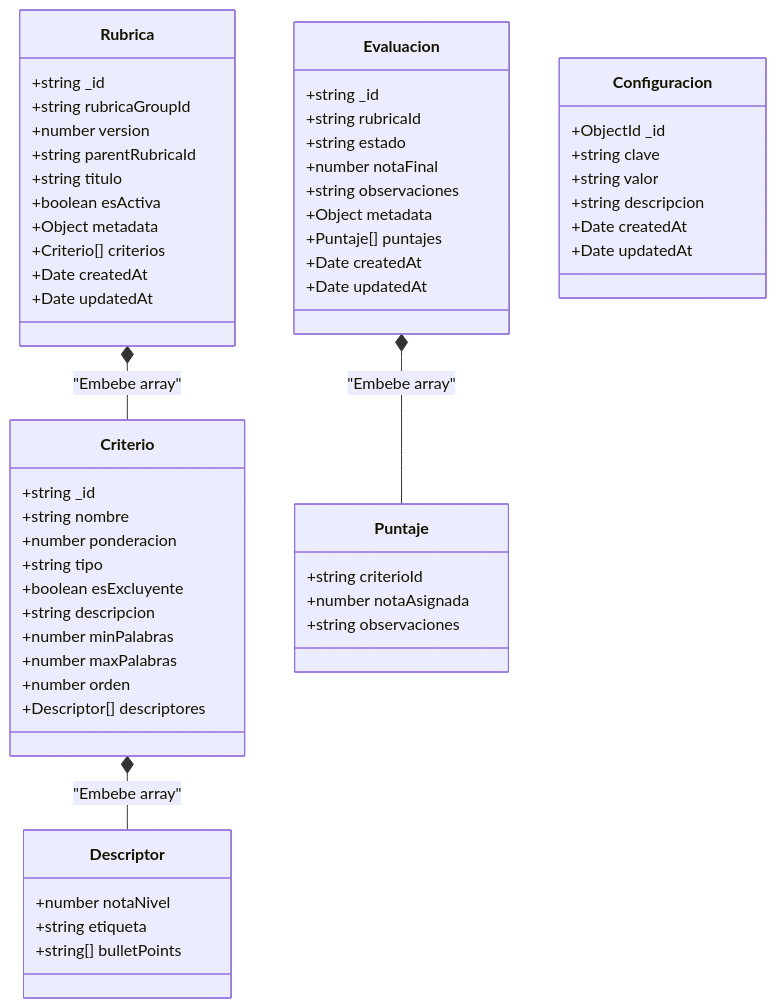
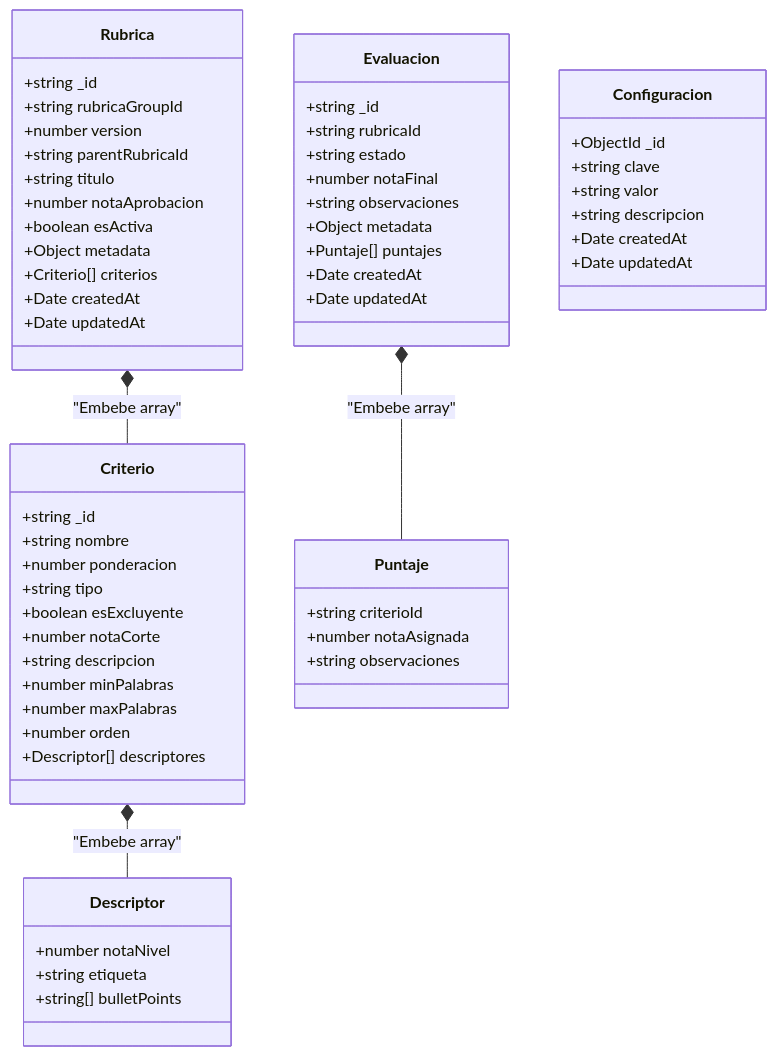
One commit to alphadx/evalUA changed the first of 2 diagrams in documentacion/01-base-de-datos.md. Above: the diagram before and after it, drawn with Mermaid. The commit also changed other lines of this file and 2 other files, not shown here.

````diff
--- a/documentacion/01-base-de-datos.md
+++ b/documentacion/01-base-de-datos.md
@@ -38,65 +38,67 @@
 ```mermaid
 classDiagram
     class Rubrica {
         +string _id
         +string rubricaGroupId
         +number version
         +string parentRubricaId
         +string titulo
+        +number notaAprobacion
         +boolean esActiva
         +Object metadata
         +Criterio[] criterios
         +Date createdAt
         +Date updatedAt
     }
 
     class Criterio {
         +string _id
         +string nombre
         +number ponderacion
         +string tipo
         +boolean esExcluyente
+        +number notaCorte
         +string descripcion
         +number minPalabras
         +number maxPalabras
         +number orden
         +Descriptor[] descriptores
     }
 
     class Descriptor {
         +number notaNivel
         +string etiqueta
         +string[] bulletPoints
     }
 
     class Evaluacion {
         +string _id
         +string rubricaId
         +string estado
         +number notaFinal
         +string observaciones
         +Object metadata
         +Puntaje[] puntajes
         +Date createdAt
         +Date updatedAt
     }
 
     class Puntaje {
         +string criterioId
         +number notaAsignada
         +string observaciones
     }
 
     class Configuracion {
         +ObjectId _id
         +string clave
         +string valor
         +string descripcion
         +Date createdAt
         +Date updatedAt
     }
 
     Rubrica *-- Criterio : "Embebe array"
     Criterio *-- Descriptor : "Embebe array"
     Evaluacion *-- Puntaje : "Embebe array"
 ```
````
